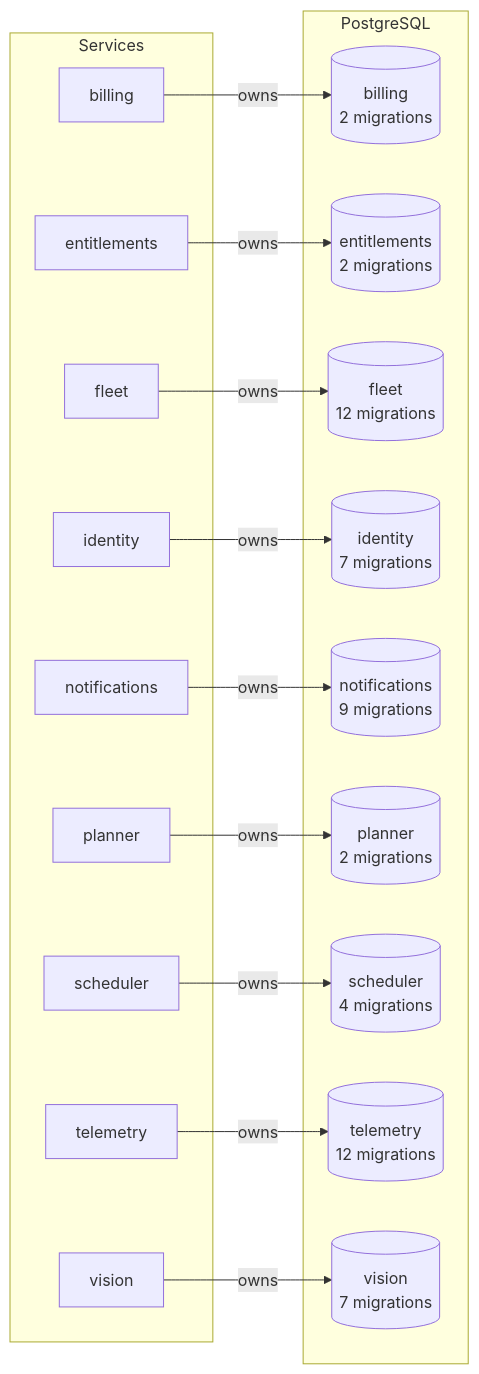
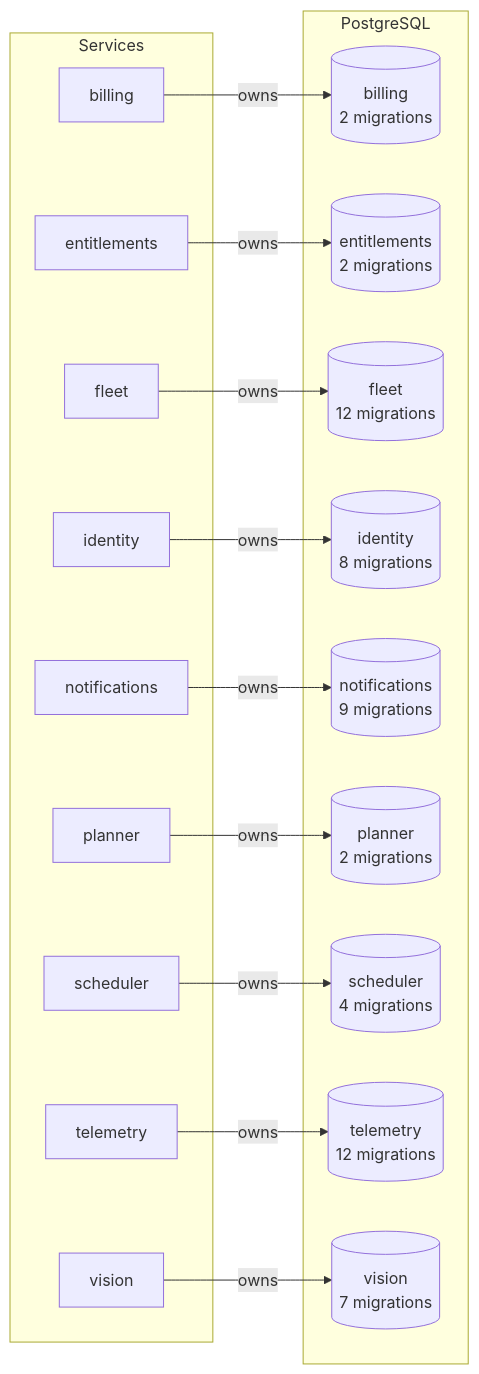
Before and after one commit to lukislp/mowdeck: diagram 15 of 15 in docs/architecture/generated.md, drawn with Mermaid. The commit also changed other lines of this file and 10 other files, not shown here.

Commit message:
docs: ADR 0065 security center, guide, READMEs, API reference and diagrams

````diff
--- a/docs/architecture/generated.md
+++ b/docs/architecture/generated.md
@@ -534,34 +536,34 @@
 ```mermaid
 flowchart LR
   subgraph apps[Services]
     billing["billing"]
     entitlements["entitlements"]
     fleet["fleet"]
     identity["identity"]
     notifications["notifications"]
     planner["planner"]
     scheduler["scheduler"]
     telemetry["telemetry"]
     vision["vision"]
   end
   subgraph pg[PostgreSQL]
     db_billing[("billing<br/>2 migrations")]
     db_entitlements[("entitlements<br/>2 migrations")]
     db_fleet[("fleet<br/>12 migrations")]
-    db_identity[("identity<br/>7 migrations")]
+    db_identity[("identity<br/>8 migrations")]
     db_notifications[("notifications<br/>9 migrations")]
     db_planner[("planner<br/>2 migrations")]
     db_scheduler[("scheduler<br/>4 migrations")]
     db_telemetry[("telemetry<br/>12 migrations")]
     db_vision[("vision<br/>7 migrations")]
   end
   billing -->|owns| db_billing
   entitlements -->|owns| db_entitlements
   fleet -->|owns| db_fleet
   identity -->|owns| db_identity
   notifications -->|owns| db_notifications
   planner -->|owns| db_planner
   scheduler -->|owns| db_scheduler
   telemetry -->|owns| db_telemetry
   vision -->|owns| db_vision
 ```
````
